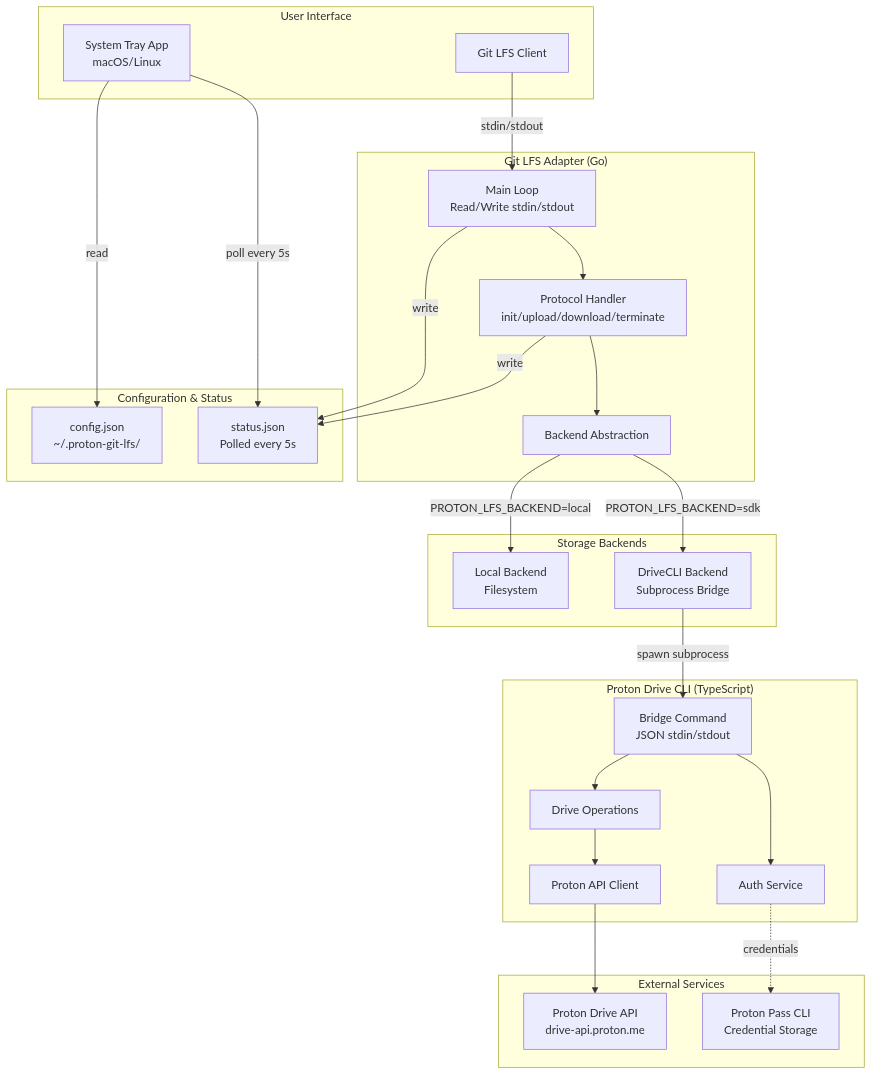
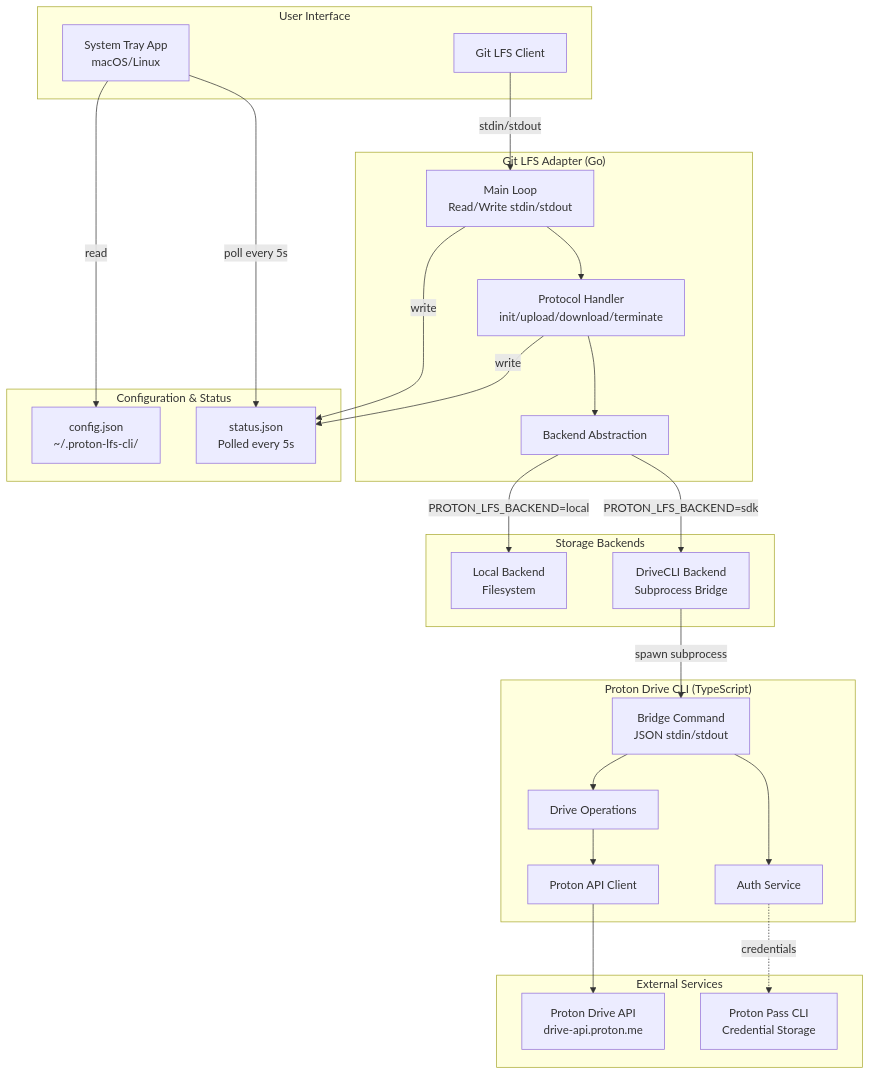
Before and after one commit to SevenOfNine-ai/proton-lfs-cli: the first of 14 diagrams in docs/architecture/architecture.md, drawn with Mermaid. The commit also changed other lines of this file and 35 other files, not shown here.

First line of the commit message:
refactor: rename project from proton-git-lfs to proton-lfs-cli

````diff
--- a/docs/architecture/architecture.md
+++ b/docs/architecture/architecture.md
@@ -9,57 +9,57 @@
 ```mermaid
 graph TB
     subgraph "User Interface"
         Git[Git LFS Client]
         Tray[System Tray App<br/>macOS/Linux]
     end
 
     subgraph "Git LFS Adapter (Go)"
         Main[Main Loop<br/>Read/Write stdin/stdout]
         Protocol[Protocol Handler<br/>init/upload/download/terminate]
         Backend[Backend Abstraction]
     end
 
     subgraph "Storage Backends"
         Local[Local Backend<br/>Filesystem]
         DriveCLI[DriveCLI Backend<br/>Subprocess Bridge]
     end
 
     subgraph "Proton Drive CLI (TypeScript)"
         Bridge[Bridge Command<br/>JSON stdin/stdout]
         Auth[Auth Service]
         Drive[Drive Operations]
         API[Proton API Client]
     end
 
     subgraph "Configuration & Status"
-        Config[config.json<br/>~/.proton-git-lfs/]
+        Config[config.json<br/>~/.proton-lfs-cli/]
         Status[status.json<br/>Polled every 5s]
     end
 
     subgraph "External Services"
         ProtonAPI[Proton Drive API<br/>drive-api.proton.me]
         PassCLI[Proton Pass CLI<br/>Credential Storage]
     end
 
     Git --> | stdin/stdout | Main
     Main --> Protocol
     Protocol --> Backend
 
     Backend --> | PROTON_LFS_BACKEND=local | Local
     Backend --> | PROTON_LFS_BACKEND=sdk | DriveCLI
 
     DriveCLI --> | spawn subprocess | Bridge
     Bridge --> Auth
     Bridge --> Drive
     Drive --> API
     API --> ProtonAPI
 
     Auth -.credentials.-> PassCLI
 
     Tray --> | read | Config
     Tray --> | poll every 5s | Status
     Protocol --> | write | Status
 
     Main --> | write | Status
 
 ```
````
